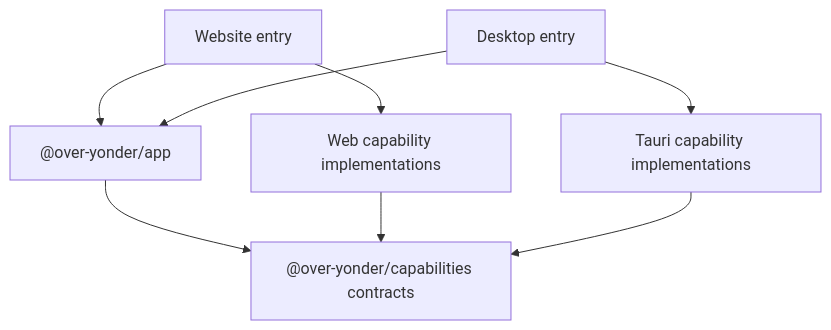
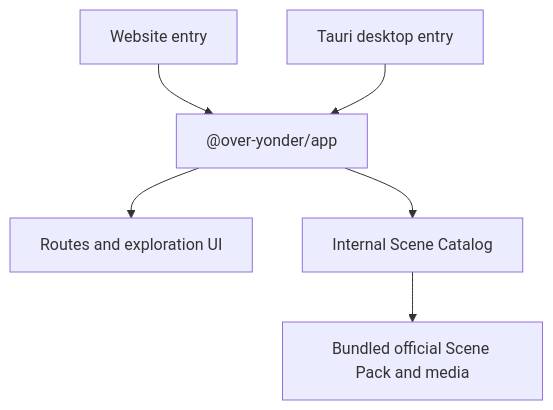
The first of 2 diagrams in docs/architecture.md (chansyawn/over-yonder), drawn with Mermaid before and after one commit. The commit also changed other lines of this file and 34 other files, not shown here.

First line of the commit message:
feat: add phase one exploration flow

````diff
--- a/docs/architecture.md
+++ b/docs/architecture.md
@@ -14,11 +12,8 @@
 ```mermaid
 flowchart TD
     Website["Website entry"] --> App["@over-yonder/app"]
-    Desktop["Desktop entry"] --> App
-
-    App --> Contract["@over-yonder/capabilities contracts"]
-    Website --> WebCapabilities["Web capability implementations"]
-    Desktop --> TauriCapabilities["Tauri capability implementations"]
-    WebCapabilities --> Contract
-    TauriCapabilities --> Contract
+    Desktop["Tauri desktop entry"] --> App
+    App --> Router["Routes and exploration UI"]
+    App --> Catalog["Internal Scene Catalog"]
+    Catalog --> Pack["Bundled official Scene Pack and media"]
 ```
````
